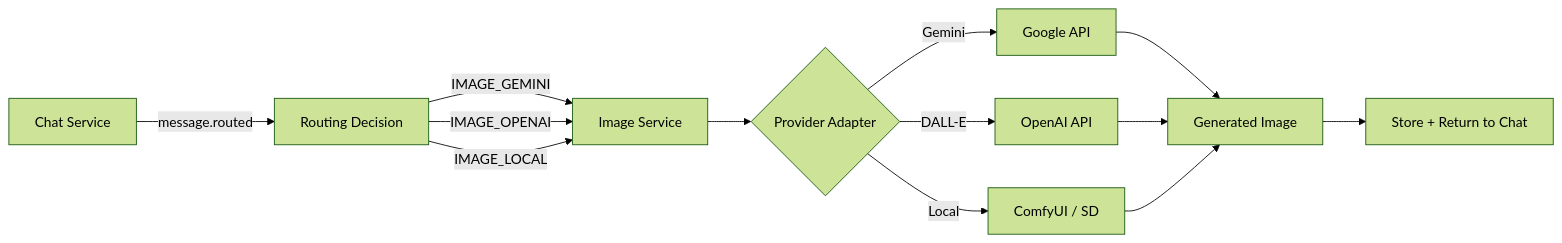
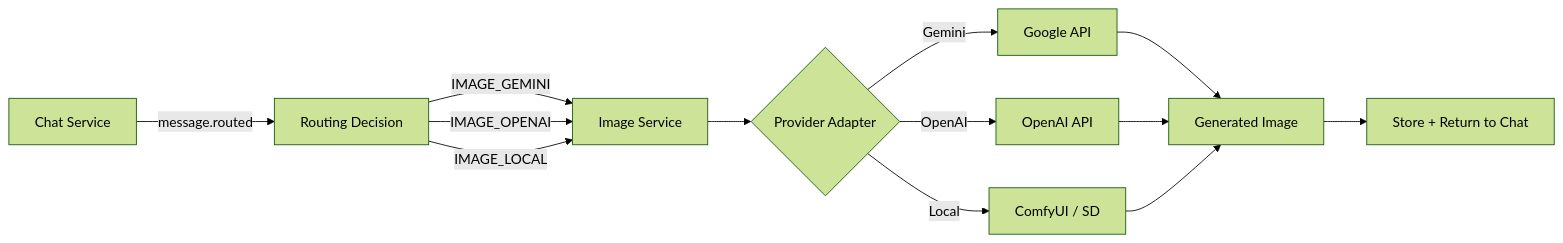
One commit to ihabkhaled/ClawAI changed the diagram in docs/02-business-product/image-generation-spec.md. Above: the diagram before and after it, drawn with Mermaid (forest theme). The commit also changed other lines of this file and 223 other files, not shown here.

````diff
--- a/docs/02-business-product/image-generation-spec.md
+++ b/docs/02-business-product/image-generation-spec.md
@@ -65,15 +70,15 @@
 ```mermaid
 flowchart LR
     A[Chat Service] -->|message.routed| B[Routing Decision]
     B -->|IMAGE_GEMINI| C[Image Service]
     B -->|IMAGE_OPENAI| C
     B -->|IMAGE_LOCAL| C
     C --> D{Provider Adapter}
     D -->|Gemini| E[Google API]
-    D -->|DALL-E| F[OpenAI API]
+    D -->|OpenAI| F[OpenAI API]
     D -->|Local| G[ComfyUI / SD]
     E --> H[Generated Image]
     F --> H
     G --> H
     H --> I[Store + Return to Chat]
 ```
````
